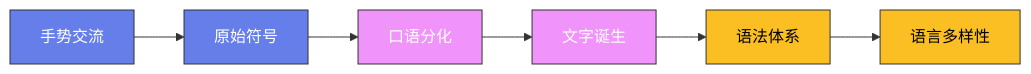
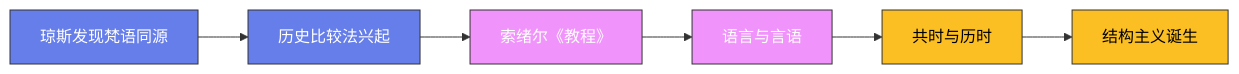
One commit to Fengur/Fengur.github.io changed the diagram in content/posts/ModelCreate/语言学/01-语言学的诞生.md. Above: the diagram before and after it, drawn with Mermaid. The commit also changed 118 other files, not shown here.

````diff
--- a/content/posts/ModelCreate/语言学/01-语言学的诞生.md
+++ b/content/posts/ModelCreate/语言学/01-语言学的诞生.md
@@ -39,16 +39,16 @@
 ```mermaid
 graph LR
-    A["手势交流"] --> B["原始符号"]
-    B --> C["口语分化"]
-    C --> D["文字诞生"]
-    D --> E["语法体系"]
-    E --> F["语言多样性"]
+    A["琼斯发现梵语同源"] --> B["历史比较法兴起"]
+    B --> C["索绪尔《教程》"]
+    C --> D["语言与言语"]
+    D --> E["共时与历时"]
+    E --> F["结构主义诞生"]
 
     classDef early fill:#667eea,stroke:#333,color:white
     classDef mid fill:#f093fb,stroke:#333,color:white
     classDef modern fill:#fbbf24,stroke:#333,color:black
 
     class A,B early
     class C,D mid
     class E,F modern
 ```
````
